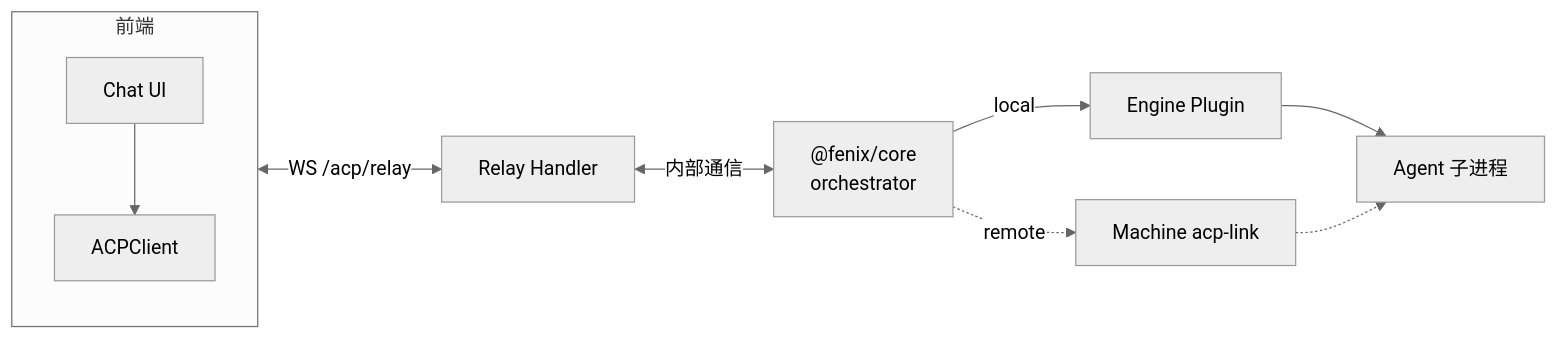
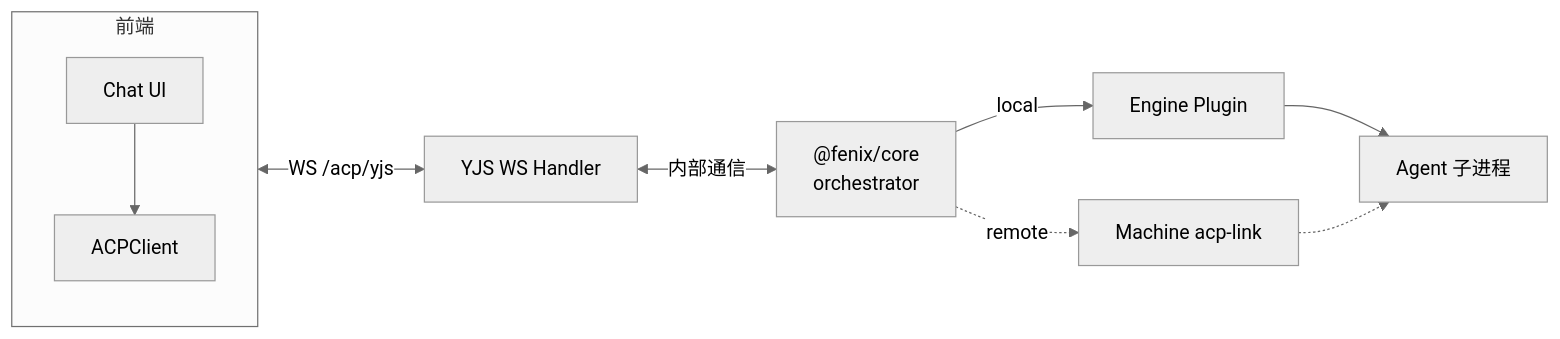
Before and after one commit to HuangPuStar/FenixAgent: the fourth of 4 diagrams in docs/arch/tech-stack-overview.md, drawn with Mermaid (neutral theme). The commit also changed other lines of this file and 23 other files, not shown here.

First line of the commit message:
refactor: 清理 Relay+YJS 双通道收拢后的死代码，统一为 /acp/yjs 单通道

````diff
--- a/docs/arch/tech-stack-overview.md
+++ b/docs/arch/tech-stack-overview.md
@@ -137,12 +137,12 @@
 ```mermaid
 flowchart LR
     subgraph FE["前端"]
         UI["Chat UI"] --> ACP["ACPClient"]
     end
-    FE <-->|"WS /acp/relay"| RELAY["Relay Handler"]
+    FE <-->|"WS /acp/yjs"| RELAY["YJS WS Handler"]
     RELAY <-->|"内部通信"| INST["@fenix/core<br/>orchestrator"]
     INST -->|"local"| PLUG[Engine Plugin]
     INST -.->|"remote"| MC[Machine acp-link]
     PLUG --> AGENT["Agent 子进程"]
     MC -.-> AGENT
 ```
````
